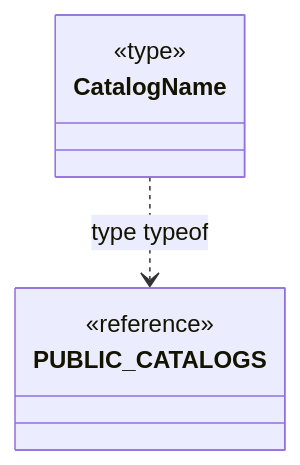
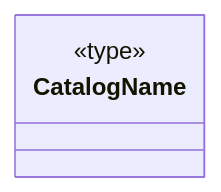
The first of 36 diagrams in front/docs/architecture/views/logical/type-reference/catalogs.md (gpgsistemas01/nexus), drawn with Mermaid before and after one commit. The commit also changed other lines of this file and 37 other files, not shown here.

Commit message:
docs: depurar diagramas y conservar contratos propios del frontend

````diff
--- a/front/docs/architecture/views/logical/type-reference/catalogs.md
+++ b/front/docs/architecture/views/logical/type-reference/catalogs.md
@@ -27,11 +19,7 @@
 ```mermaid
 classDiagram
-    direction TB
+    direction LR
     class Subject["CatalogName"] {
         <<type>>
     }
-    class R0["PUBLIC_CATALOGS"] {
-        <<reference>>
-    }
-    Subject ..> R0 : type typeof
 ```
````
